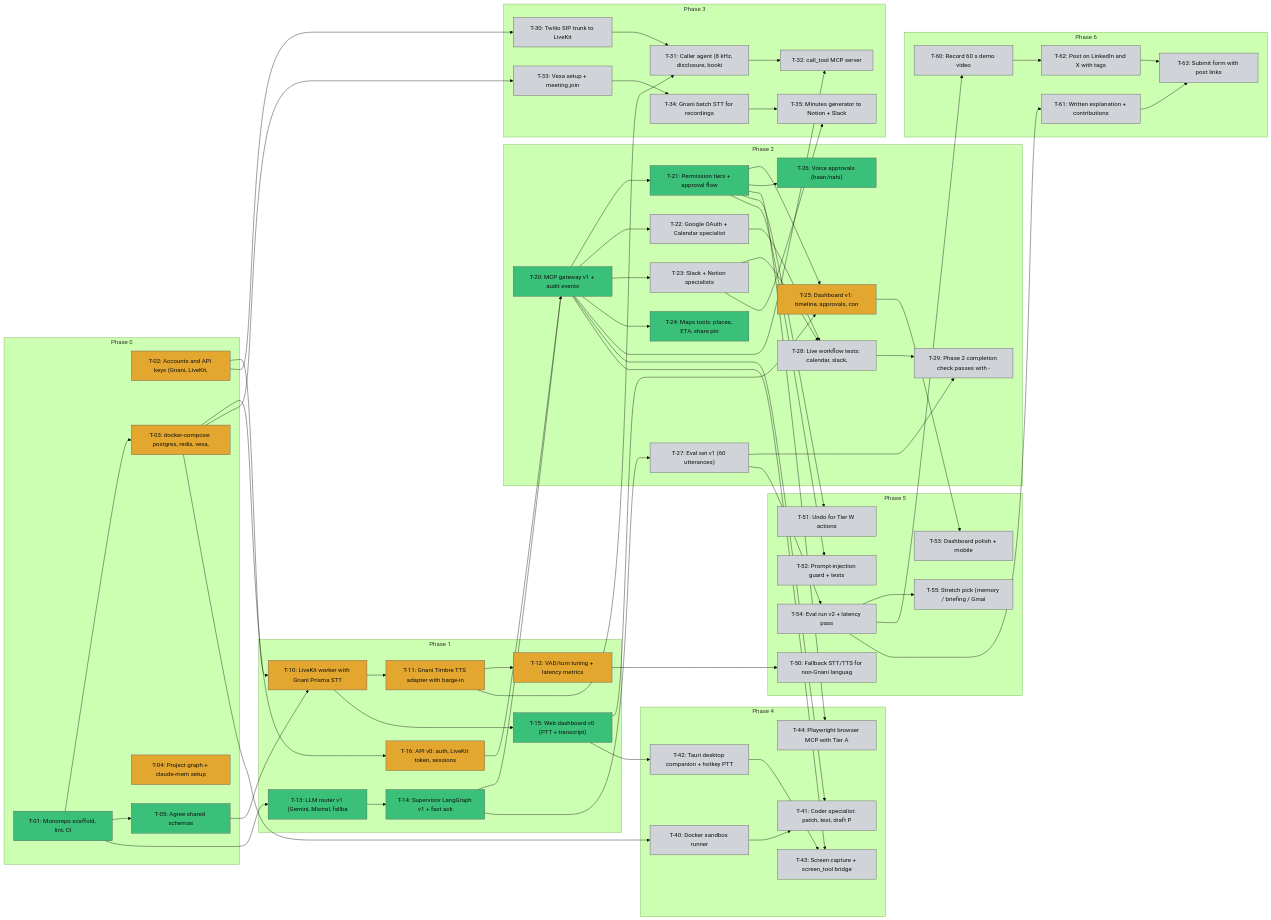
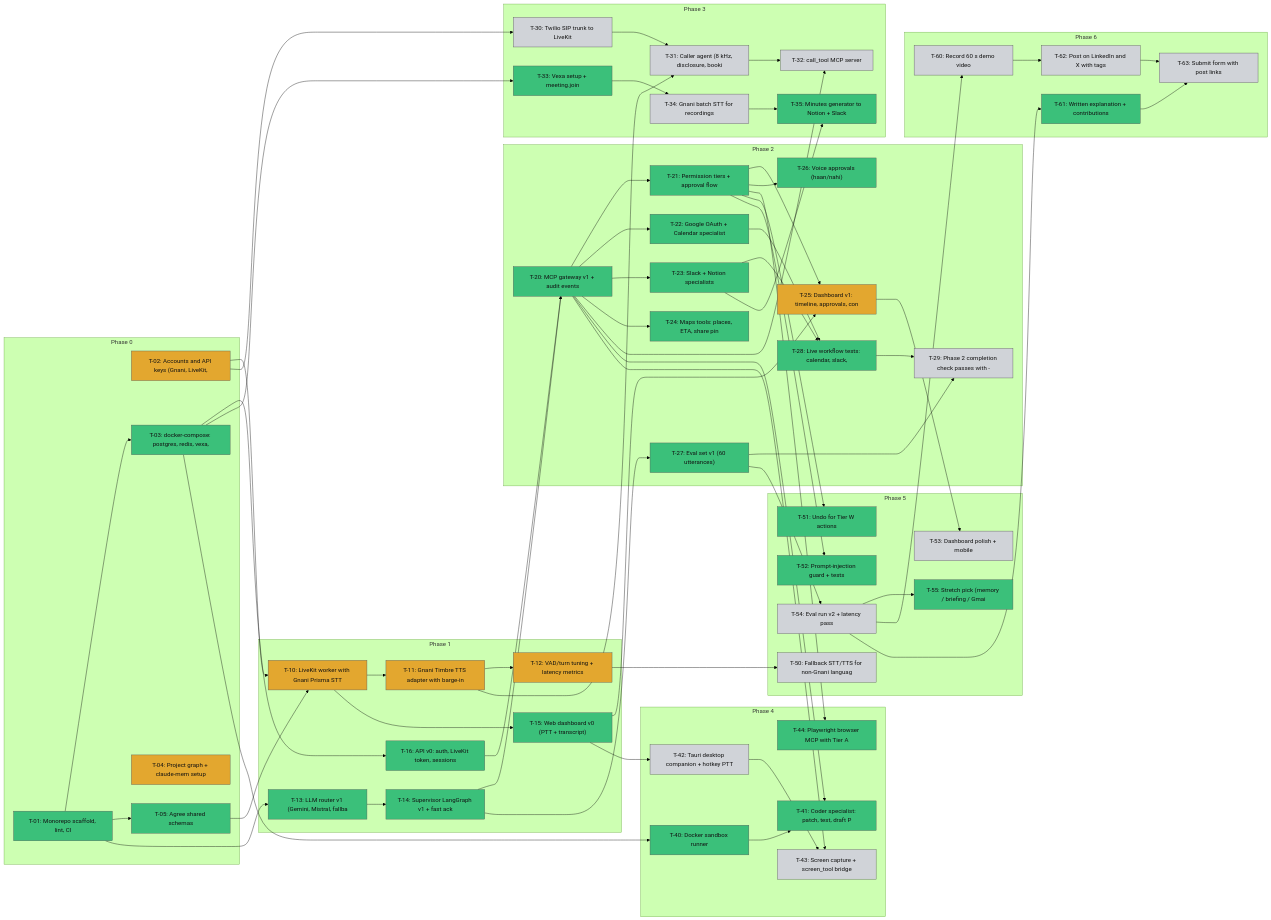
Before and after one commit to Joohhnnyyy/Rex: the diagram in PROGRESS.md, drawn with Mermaid (forest theme). The commit also changed other lines of this file and 57 other files, not shown here.

First line of the commit message:
Phase 2 Shanky track: MCP servers, API v0, undo, injection guards; security fixes

```diff
--- a/PROGRESS.md
+++ b/PROGRESS.md
@@ -66,7 +61,7 @@
   subgraph Phase0["Phase 0"]
     T01["T-01: Monorepo scaffold, lint, CI"]:::done
     T02["T-02: Accounts and API keys (Gnani, LiveKit,"]:::in_progress
-    T03["T-03: docker-compose: postgres, redis, vexa,"]:::in_progress
+    T03["T-03: docker-compose: postgres, redis, vexa,"]:::done
     T04["T-04: Project graph + claude-mem setup"]:::in_progress
     T05["T-05: Agree shared schemas"]:::done
   end
@@ -77,46 +72,46 @@
     T13["T-13: LLM router v1 (Gemini, Mistral, fallba"]:::done
     T14["T-14: Supervisor LangGraph v1 + fast ack"]:::done
     T15["T-15: Web dashboard v0 (PTT + transcript)"]:::done
-    T16["T-16: API v0: auth, LiveKit token, sessions"]:::in_progress
+    T16["T-16: API v0: auth, LiveKit token, sessions"]:::done
   end
   subgraph Phase2["Phase 2"]
     T20["T-20: MCP gateway v1 + audit events"]:::done
     T21["T-21: Permission tiers + approval flow"]:::done
-    T22["T-22: Google OAuth + Calendar specialist"]:::todo
-    T23["T-23: Slack + Notion specialists"]:::todo
+    T22["T-22: Google OAuth + Calendar specialist"]:::done
+    T23["T-23: Slack + Notion specialists"]:::done
     T24["T-24: Maps tools: places, ETA, share pin"]:::done
     T25["T-25: Dashboard v1: timeline, approvals, con"]:::in_progress
     T26["T-26: Voice approvals (haan/nahi)"]:::done
-    T27["T-27: Eval set v1 (60 utterances)"]:::todo
-    T28["T-28: Live workflow tests: calendar, slack, "]:::todo
+    T27["T-27: Eval set v1 (60 utterances)"]:::done
+    T28["T-28: Live workflow tests: calendar, slack, "]:::done
     T29["T-29: Phase 2 completion check passes with -"]:::todo
   end
   subgraph Phase3["Phase 3"]
     T30["T-30: Twilio SIP trunk to LiveKit"]:::todo
     T31["T-31: Caller agent (8 kHz, disclosure, booki"]:::todo
     T32["T-32: call_tool MCP server"]:::todo
-    T33["T-33: Vexa setup + meeting.join"]:::todo
+    T33["T-33: Vexa setup + meeting.join"]:::done
     T34["T-34: Gnani batch STT for recordings"]:::todo
-    T35["T-35: Minutes generator to Notion + Slack"]:::todo
+    T35["T-35: Minutes generator to Notion + Slack"]:::done
   end
   subgraph Phase4["Phase 4"]
-    T40["T-40: Docker sandbox runner"]:::todo
-    T41["T-41: Coder specialist: patch, test, draft P"]:::todo
+    T40["T-40: Docker sandbox runner"]:::done
+    T41["T-41: Coder specialist: patch, test, draft P"]:::done
     T42["T-42: Tauri desktop companion + hotkey PTT"]:::todo
     T43["T-43: Screen capture + screen_tool bridge"]:::todo
-    T44["T-44: Playwright browser MCP with Tier A"]:::todo
+    T44["T-44: Playwright browser MCP with Tier A"]:::done
   end
   subgraph Phase5["Phase 5"]
     T50["T-50: Fallback STT/TTS for non-Gnani languag"]:::todo
-    T51["T-51: Undo for Tier W actions"]:::todo
-    T52["T-52: Prompt-injection guard + tests"]:::todo
+    T51["T-51: Undo for Tier W actions"]:::done
+    T52["T-52: Prompt-injection guard + tests"]:::done
     T53["T-53: Dashboard polish + mobile"]:::todo
     T54["T-54: Eval run v2 + latency pass"]:::todo
-    T55["T-55: Stretch pick (memory / briefing / Gmai"]:::todo
+    T55["T-55: Stretch pick (memory / briefing / Gmai"]:::done
   end
   subgraph Phase6["Phase 6"]
     T60["T-60: Record 60 s demo video"]:::todo
-    T61["T-61: Written explanation + contributions"]:::todo
+    T61["T-61: Written explanation + contributions"]:::done
     T62["T-62: Post on LinkedIn and X with tags"]:::todo
     T63["T-63: Submit form with post links"]:::todo
   end
```
